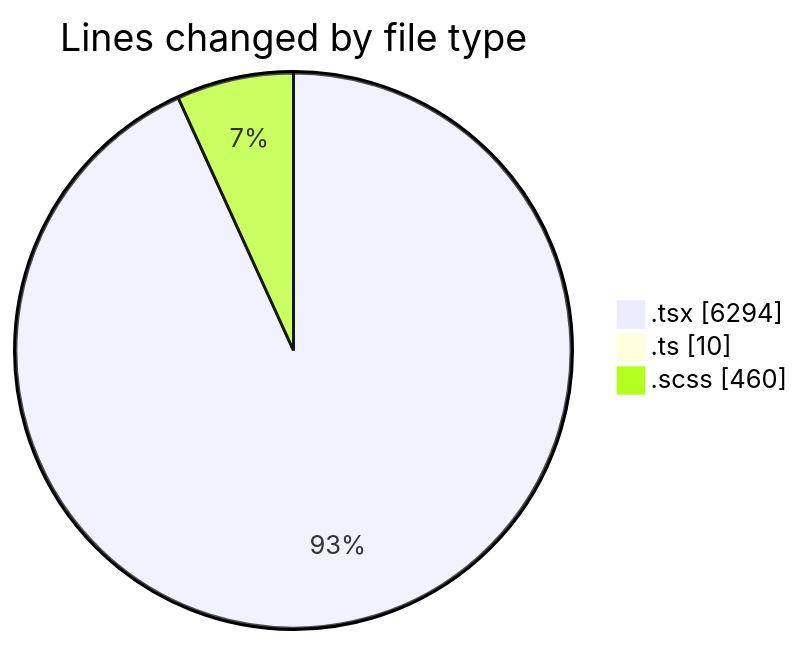
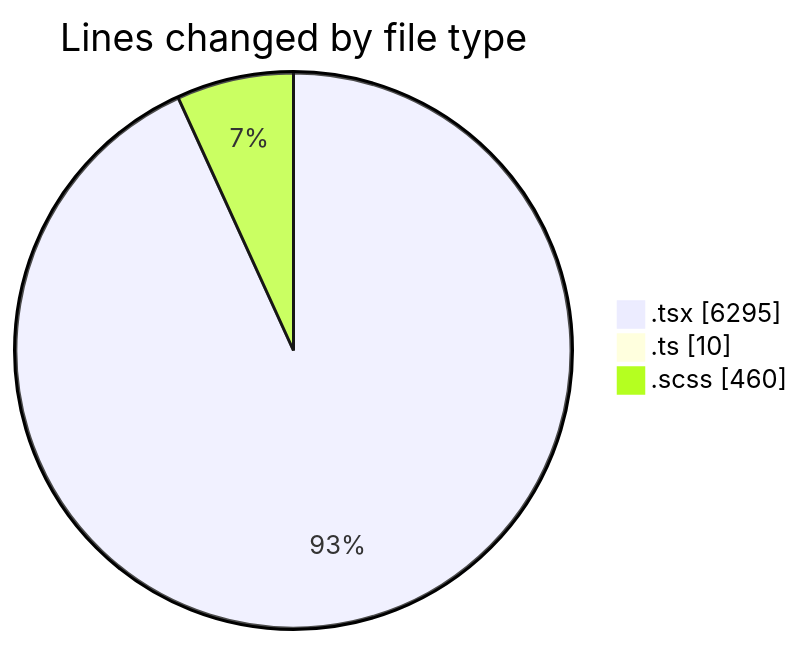
The first of 2 diagrams in 2025-11-17/cda/README.md (momahboobian/code-tracking), drawn with Mermaid before and after one commit. The commit also changed other lines of this file and 1 other file, not shown here.

````diff
--- a/2025-11-17/cda/README.md
+++ b/2025-11-17/cda/README.md
@@ -31,7 +31,7 @@
 ```mermaid
 pie showData
 title Lines changed by file type
-".tsx" : 6294
+".tsx" : 6295
 ".ts" : 10
 ".scss" : 460
 ```
````
